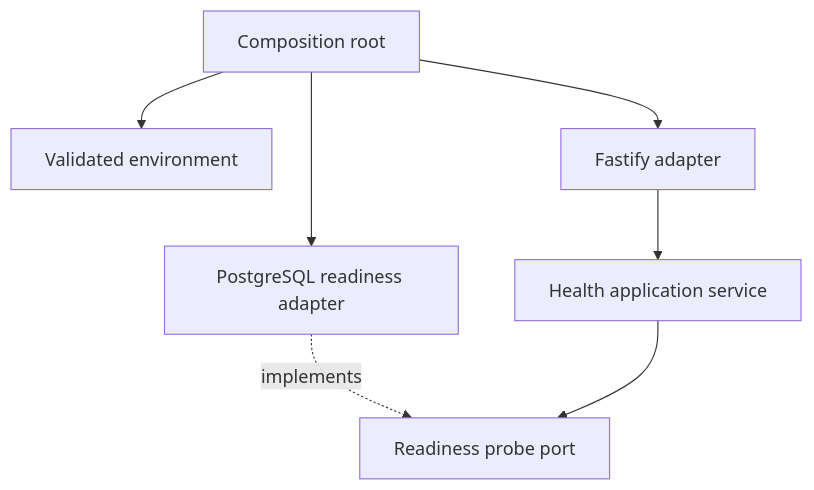
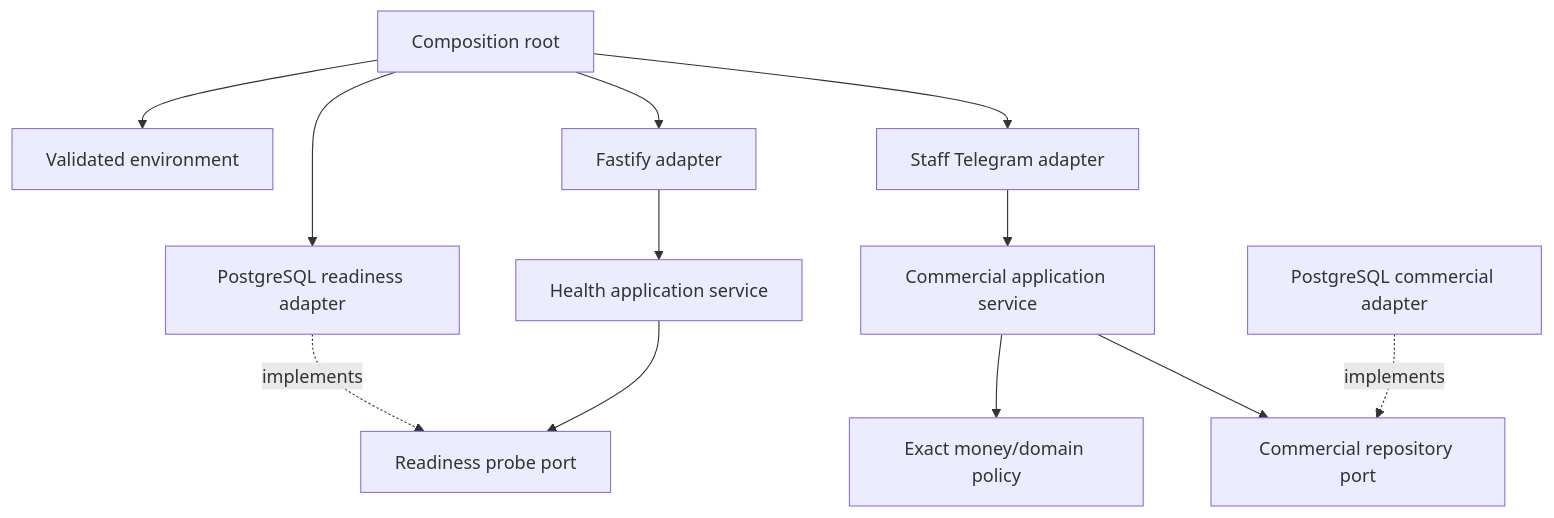
One commit to mufazzalshokh/mahalla-service changed the diagram in docs/architecture/components.md. Above: the diagram before and after it, drawn with Mermaid. The commit also changed 40 other files, not shown here.

````diff
--- a/docs/architecture/components.md
+++ b/docs/architecture/components.md
@@ -3,9 +3,14 @@
 ```mermaid
 flowchart TB
   Main[Composition root] --> Config[Validated environment]
   Main --> HTTP[Fastify adapter]
   Main --> PG[PostgreSQL readiness adapter]
   HTTP --> Health[Health application service]
   PG -. implements .-> Probe[Readiness probe port]
   Health --> Probe
+  Main --> StaffBot[Staff Telegram adapter]
+  StaffBot --> Commercial[Commercial application service]
+  Commercial --> Policy[Exact money/domain policy]
+  Commercial --> CommercialPort[Commercial repository port]
+  PGCommercial[PostgreSQL commercial adapter] -. implements .-> CommercialPort
 ```
````
